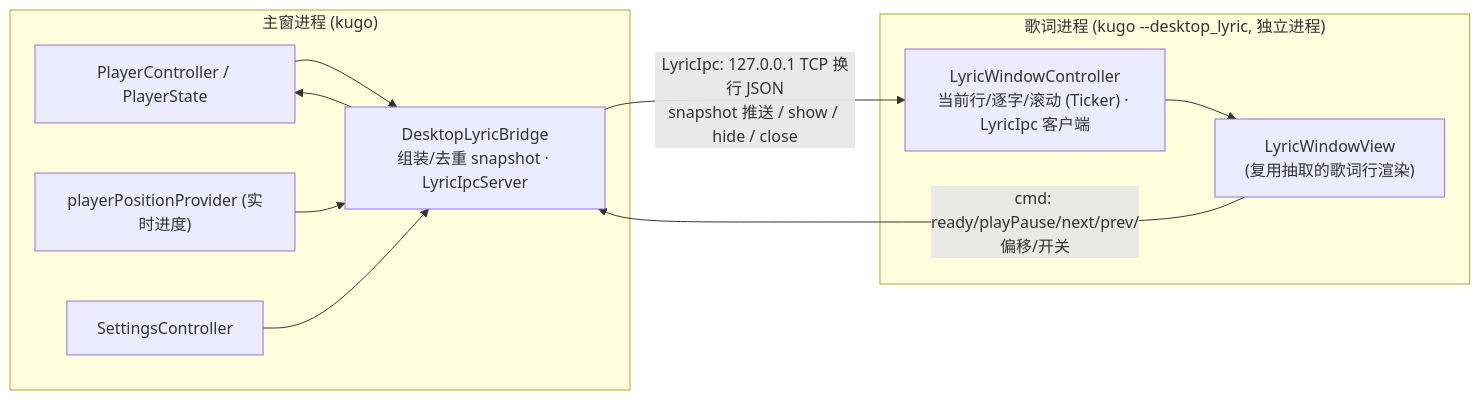
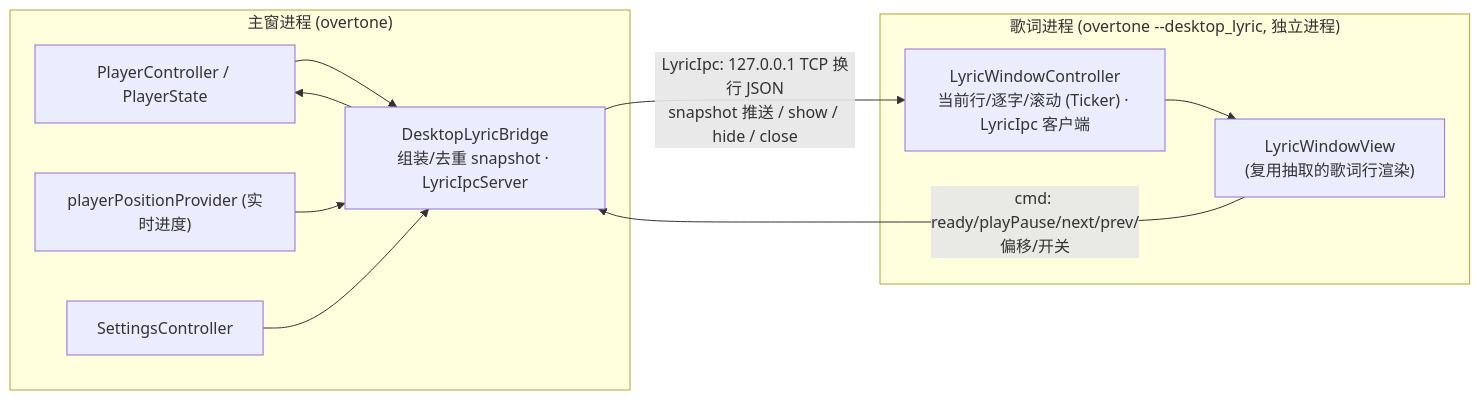
The diagram in 桌面歌词接入方案.md (ZhengHaoF/kugoFlutter), drawn with Mermaid before and after one commit. The commit also changed other lines of this file and 39 other files, not shown here.

````diff
--- a/桌面歌词接入方案.md
+++ b/桌面歌词接入方案.md
@@ -153,20 +153,20 @@
 ```mermaid
 flowchart LR
-  subgraph MainProcess["主窗进程 (kugo)"]
+  subgraph MainProcess["主窗进程 (overtone)"]
     PC["PlayerController / PlayerState"]
     PP["playerPositionProvider (实时进度)"]
     DLC["DesktopLyricBridge\n组装/去重 snapshot · LyricIpcServer"]
     SC["SettingsController"]
   end
-  subgraph LyricProcess["歌词进程 (kugo --desktop_lyric, 独立进程)"]
+  subgraph LyricProcess["歌词进程 (overtone --desktop_lyric, 独立进程)"]
     LVC["LyricWindowController\n当前行/逐字/滚动 (Ticker) · LyricIpc 客户端"]
     LVW["LyricWindowView\n(复用抽取的歌词行渲染)"]
   end
   PC --> DLC
   PP --> DLC
   SC --> DLC
   DLC -- "LyricIpc: 127.0.0.1 TCP 换行 JSON\nsnapshot 推送 / show / hide / close" --> LVC
   LVC --> LVW
   LVW -- "cmd: ready/playPause/next/prev/偏移/开关" --> DLC
   DLC --> PC
 ```
````
